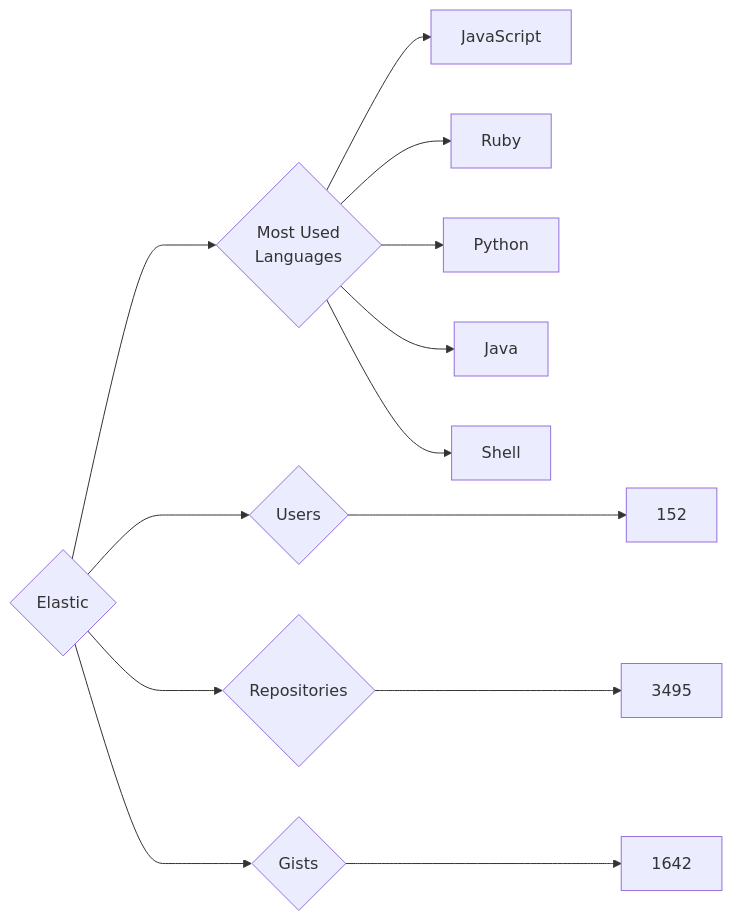
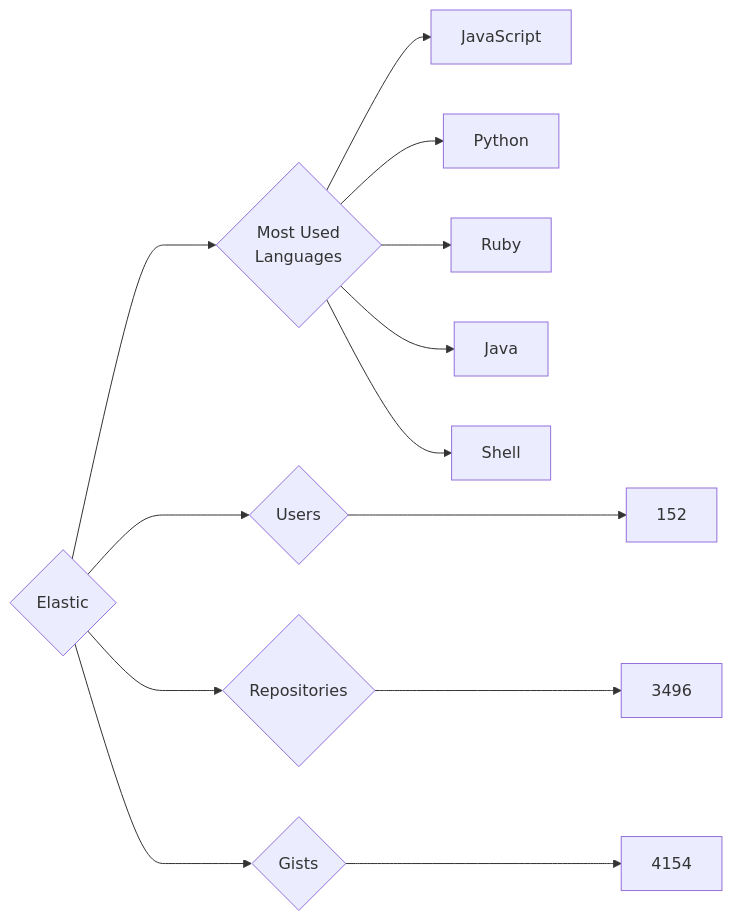
One commit to trickest/insiders changed the diagram in targets/Elastic/README.md. Above: the diagram before and after it, drawn with Mermaid. The commit also changed 873 other files, not shown here.

````diff
--- a/targets/Elastic/README.md
+++ b/targets/Elastic/README.md
@@ -3,13 +3,13 @@
 ```mermaid
 graph LR
 COMPANY_NAME{Elastic}
 COMPANY_NAME ---> U{Users} ---> UN[152]
-COMPANY_NAME ---> R{Repositories} ---> RN[3495]
-COMPANY_NAME ---> G{Gists} ---> GN[1642]
+COMPANY_NAME ---> R{Repositories} ---> RN[3496]
+COMPANY_NAME ---> G{Gists} ---> GN[4154]
 COMPANY_NAME ---> ML{Most Used<br>Languages}
 ML --> JavaScript[JavaScript]
+ML --> Python[Python]
 ML --> Ruby[Ruby]
-ML --> Python[Python]
 ML --> Java[Java]
 ML --> Shell[Shell]
 ```
````
